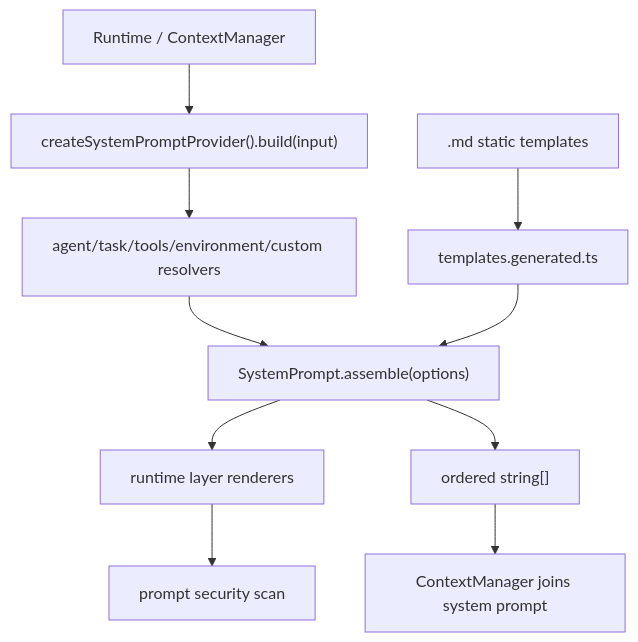
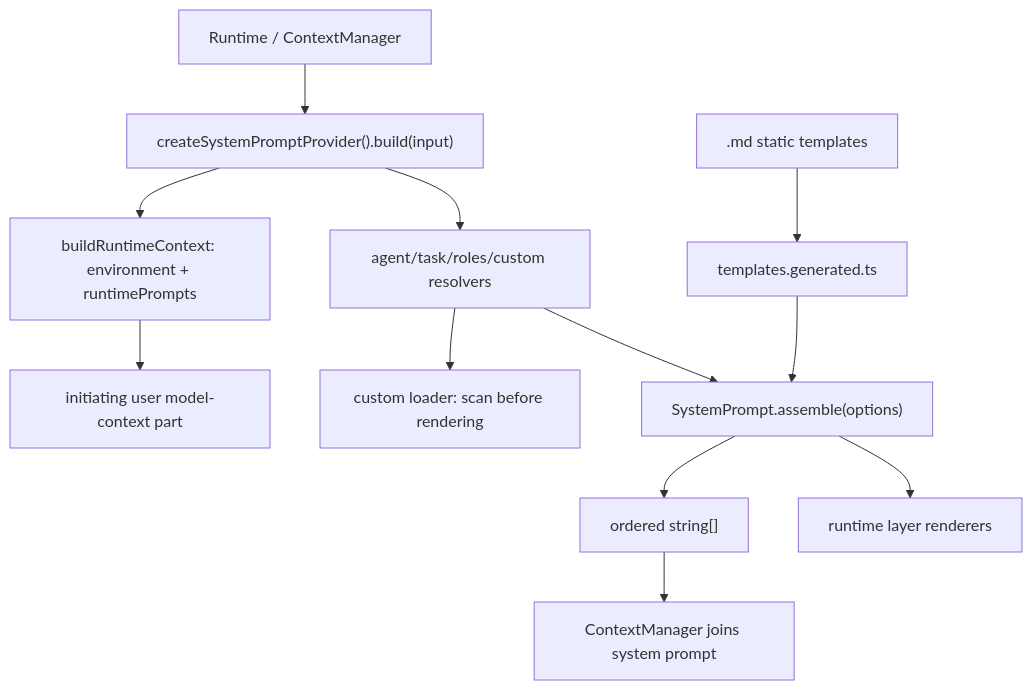
The diagram in docs/core/system-prompt/dfd-interface.md (diverHansun/ohbaby-agent), drawn with Mermaid before and after one commit. The commit also changed other lines of this file and 26 other files, not shown here.

````diff
--- a/docs/core/system-prompt/dfd-interface.md
+++ b/docs/core/system-prompt/dfd-interface.md
@@ -9,12 +9,14 @@
 ```mermaid
 flowchart TD
   runtime["Runtime / ContextManager"] --> provider["createSystemPromptProvider().build(input)"]
-  provider --> resolvers["agent/task/tools/environment/custom resolvers"]
+  provider --> resolvers["agent/task/roles/custom resolvers"]
+  provider --> runtimeText["buildRuntimeContext: environment + runtimePrompts"]
+  runtimeText --> part["initiating user model-context part"]
   resolvers --> assemble["SystemPrompt.assemble(options)"]
   staticTemplates[".md static templates"] --> generatedTemplates["templates.generated.ts"]
   generatedTemplates --> assemble
   assemble --> runtimeLayers["runtime layer renderers"]
-  runtimeLayers --> security["prompt security scan"]
+  resolvers --> security["custom loader: scan before rendering"]
   assemble --> layers["ordered string[]"]
   layers --> context["ContextManager joins system prompt"]
 ```
````
